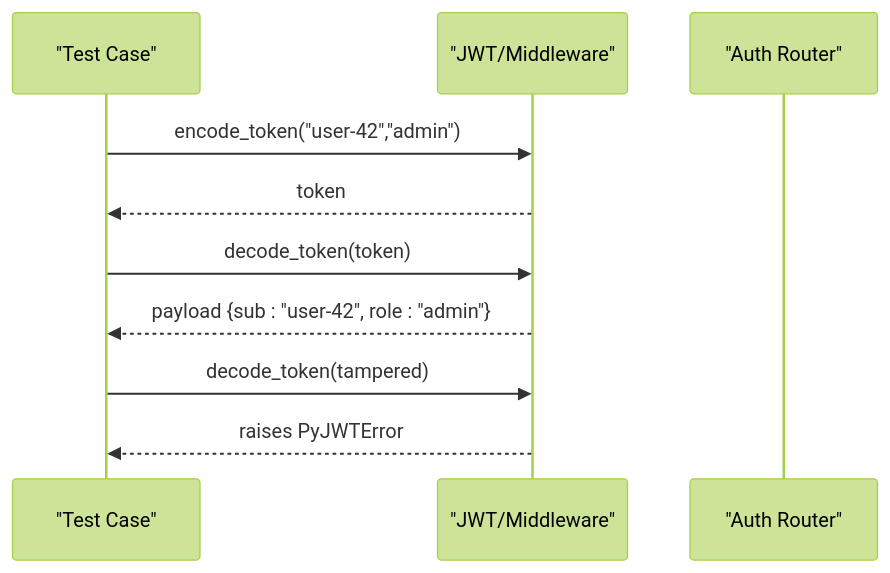
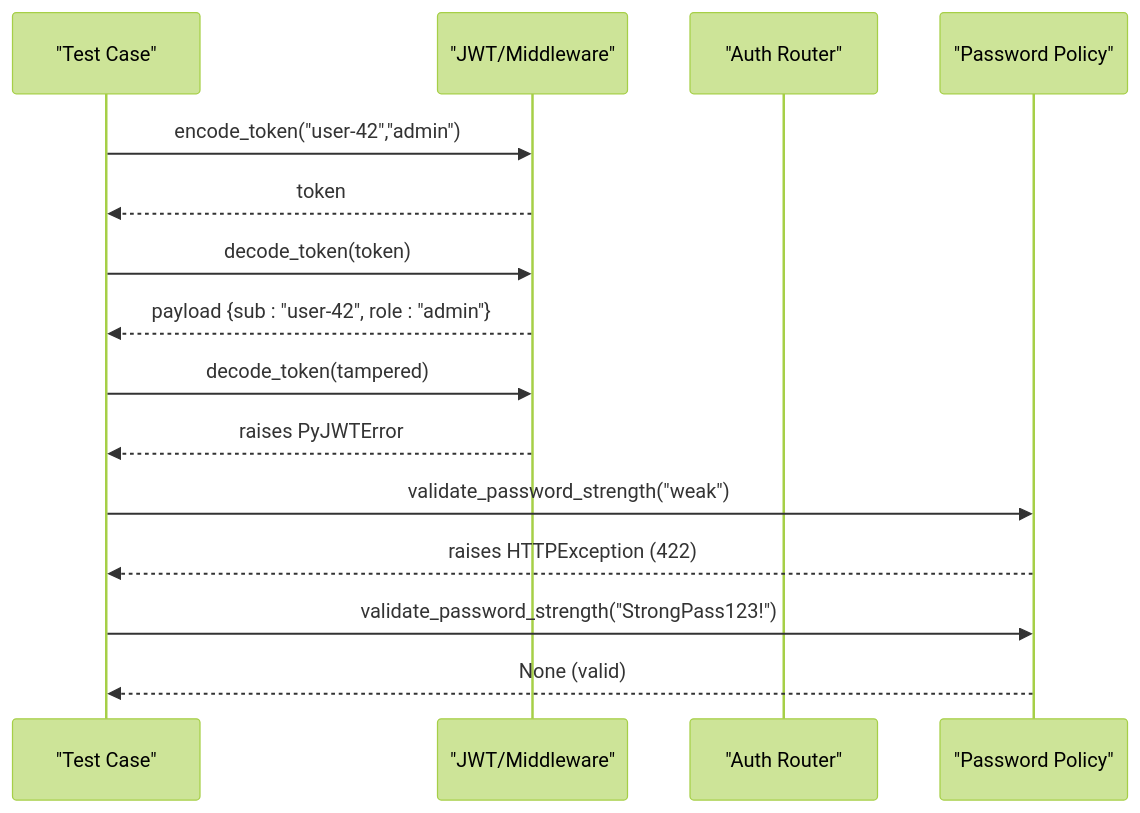
The ninth of 12 diagrams in .qoder/repowiki/en/content/Backend Development/Security and Middleware/Authentication Middleware.md (genes8/private-ai), drawn with Mermaid (forest theme) before and after one commit. The commit also changed other lines of this file and 55 other files, not shown here.

````diff
--- a/.qoder/repowiki/en/content/Backend Development/Security and Middleware/Authentication Middleware.md
+++ b/.qoder/repowiki/en/content/Backend Development/Security and Middleware/Authentication Middleware.md
@@ -276,12 +318,17 @@
 ```mermaid
 sequenceDiagram
 participant Test as "Test Case"
 participant MW as "JWT/Middleware"
 participant Router as "Auth Router"
+participant PP as "Password Policy"
 Test->>MW : encode_token("user-42","admin")
 MW-->>Test : token
 Test->>MW : decode_token(token)
 MW-->>Test : payload {sub : "user-42", role : "admin"}
 Test->>MW : decode_token(tampered)
 MW-->>Test : raises PyJWTError
+Test->>PP : validate_password_strength("weak")
+PP-->>Test : raises HTTPException (422)
+Test->>PP : validate_password_strength("StrongPass123!")
+PP-->>Test : None (valid)
 ```
````
